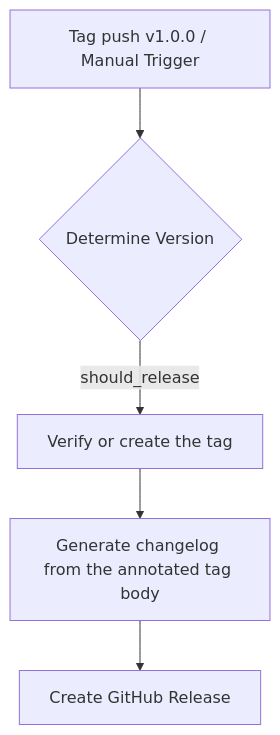
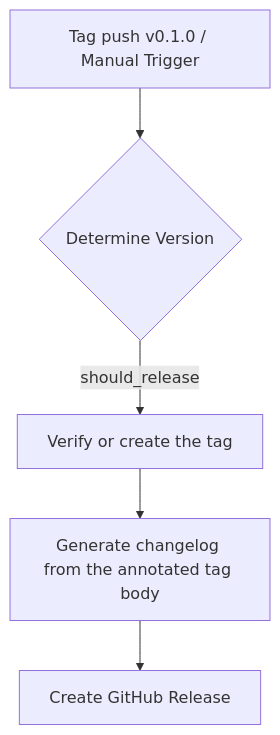
One commit to stigmer/stigmer changed the diagram in .github/workflows/docs/release-workflow.md. Above: the diagram before and after it, drawn with Mermaid. The commit also changed other lines of this file and 11 other files, not shown here.

````diff
--- a/.github/workflows/docs/release-workflow.md
+++ b/.github/workflows/docs/release-workflow.md
@@ -21,7 +21,7 @@
 ```mermaid
 flowchart TB
-    A[Tag push v1.0.0 / Manual Trigger] --> B{Determine Version}
+    A[Tag push v0.1.0 / Manual Trigger] --> B{Determine Version}
     B -->|should_release| C[Verify or create the tag]
     C --> D[Generate changelog from the annotated tag body]
     D --> E[Create GitHub Release]
 ```
````
